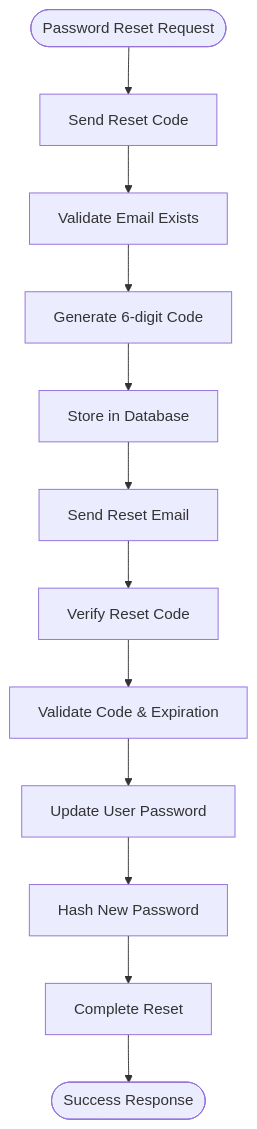
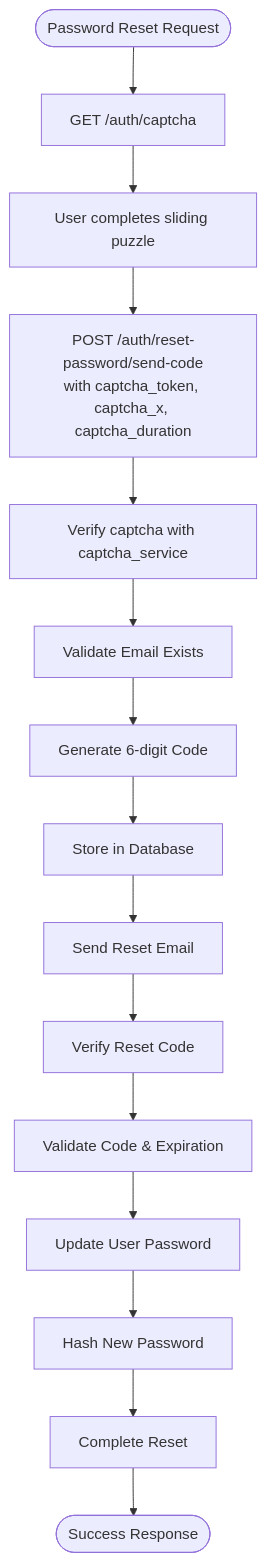
Before and after one commit to rainRise/aidiary: the fifth of 7 diagrams in .qoder/repowiki/en/content/Backend System/Service Layer Implementation/Authentication Service.md, drawn with Mermaid. The commit also changed other lines of this file and 16 other files, not shown here.

````diff
--- a/.qoder/repowiki/en/content/Backend System/Service Layer Implementation/Authentication Service.md
+++ b/.qoder/repowiki/en/content/Backend System/Service Layer Implementation/Authentication Service.md
@@ -251,14 +293,17 @@
 ```mermaid
 flowchart TD
-ResetStart([Password Reset Request]) --> SendResetCode["Send Reset Code"]
-SendResetCode --> ValidateEmail["Validate Email Exists"]
+ResetStart([Password Reset Request]) --> GetCaptcha["GET /auth/captcha"]
+GetCaptcha --> UserSlide["User completes sliding puzzle"]
+UserSlide --> SendResetCode["POST /auth/reset-password/send-code<br/>with captcha_token, captcha_x, captcha_duration"]
+SendResetCode --> VerifyCaptcha["Verify captcha with captcha_service"]
+VerifyCaptcha --> ValidateEmail["Validate Email Exists"]
 ValidateEmail --> GenerateResetCode["Generate 6-digit Code"]
 GenerateResetCode --> StoreResetCode["Store in Database"]
 StoreResetCode --> SendResetEmail["Send Reset Email"]
 SendResetEmail --> VerifyResetCode["Verify Reset Code"]
 VerifyResetCode --> ValidateResetCode["Validate Code & Expiration"]
 ValidateResetCode --> UpdatePassword["Update User Password"]
 UpdatePassword --> HashNewPassword["Hash New Password"]
 HashNewPassword --> CompleteReset["Complete Reset"]
 CompleteReset --> Success([Success Response])
 ```
````
